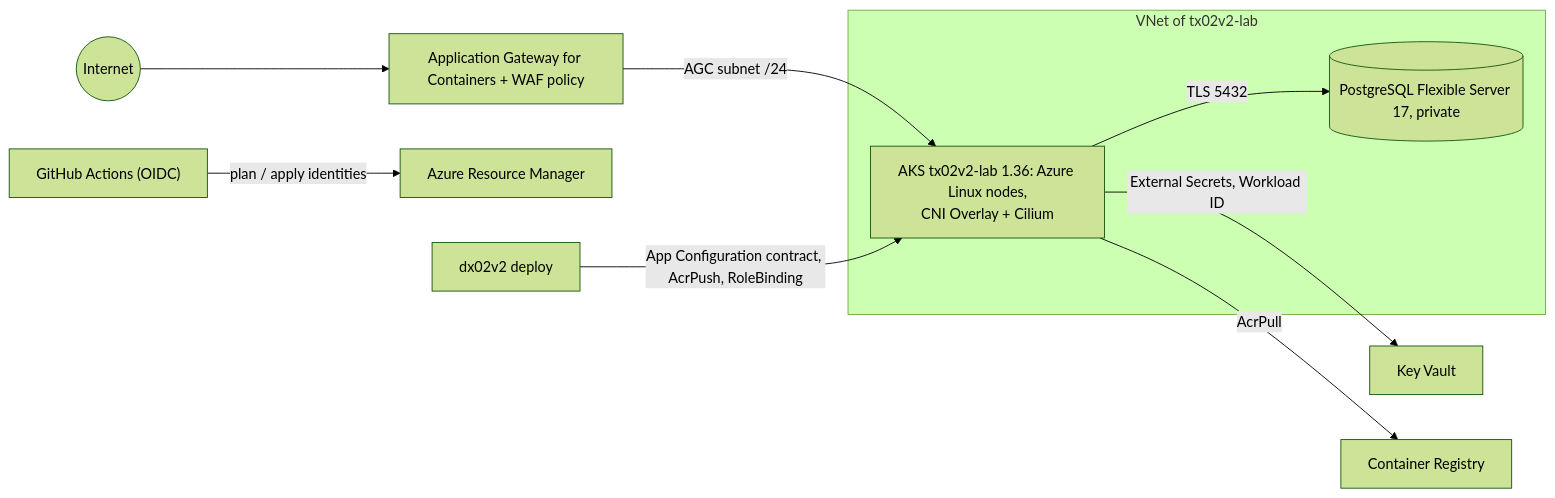
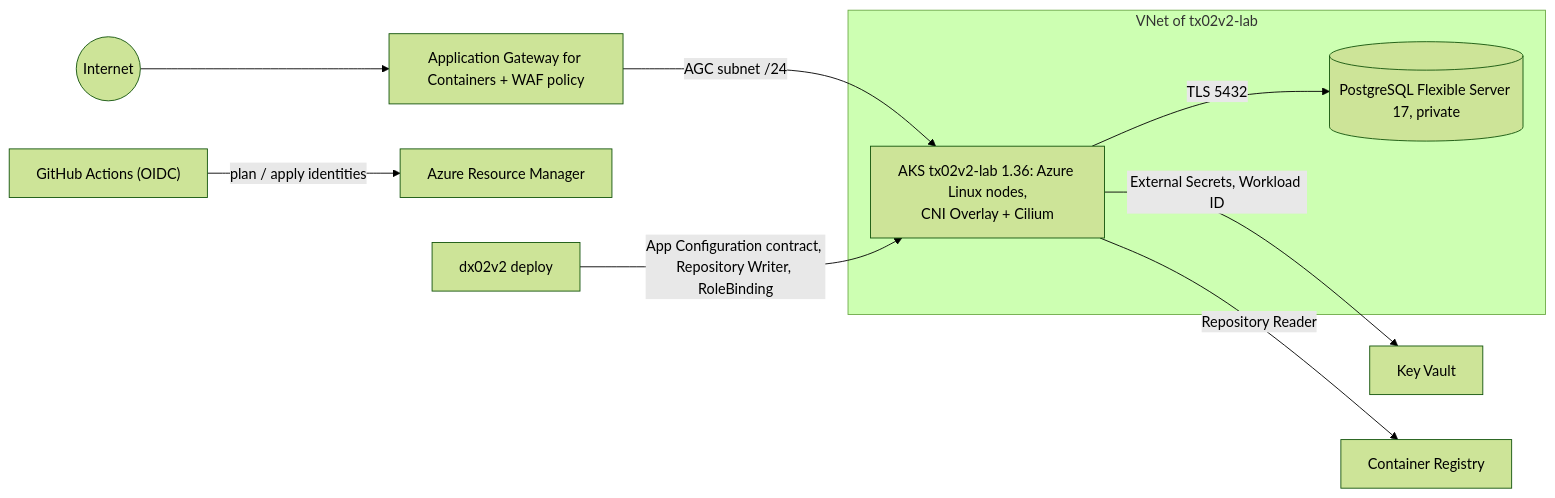
One commit to maringelix/tx02v2 changed the diagram in README.md. Above: the diagram before and after it, drawn with Mermaid (forest theme). The commit also changed other lines of this file and 91 other files, not shown here.

````diff
--- a/README.md
+++ b/README.md
@@ -71,14 +70,14 @@
 ```mermaid
 flowchart LR
   internet((Internet)) --> agc["Application Gateway for Containers + WAF policy"]
   subgraph vnet["VNet of tx02v2-lab"]
     aks["AKS tx02v2-lab 1.36: Azure Linux nodes,<br/>CNI Overlay + Cilium"]
     pg[("PostgreSQL Flexible Server 17, private")]
   end
   agc -->|AGC subnet /24| aks
   aks -->|TLS 5432| pg
   aks -->|External Secrets, Workload ID| kv["Key Vault"]
-  aks -->|AcrPull| acr["Container Registry"]
+  aks -->|Repository Reader| acr["Container Registry"]
   gha["GitHub Actions (OIDC)"] -->|plan / apply identities| arm["Azure Resource Manager"]
-  dx["dx02v2 deploy"] -->|App Configuration contract, AcrPush, RoleBinding| aks
+  dx["dx02v2 deploy"] -->|App Configuration contract, Repository Writer, RoleBinding| aks
 ```
````
